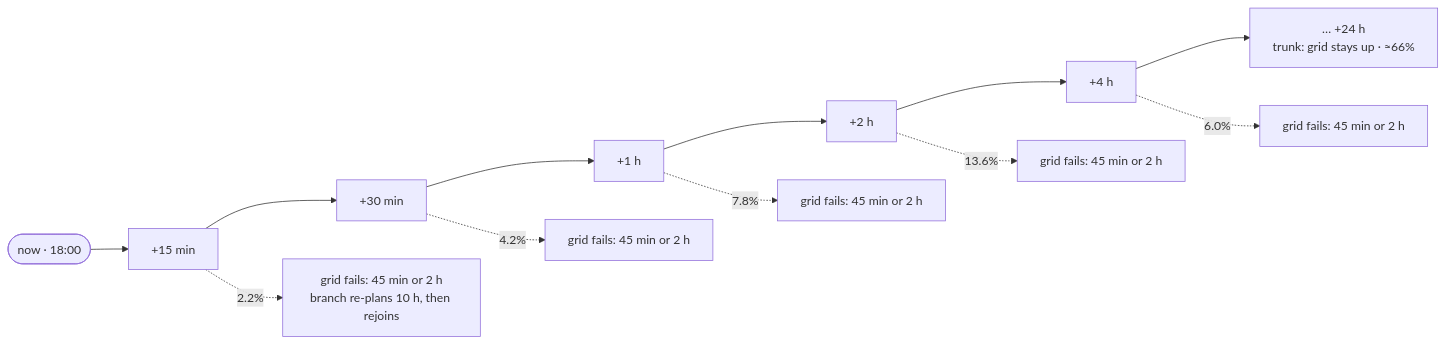
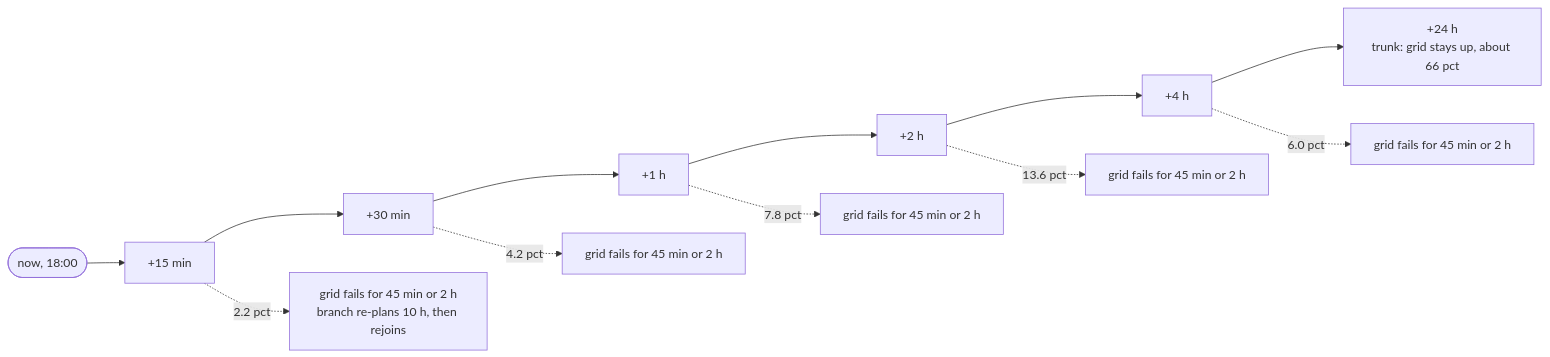
Before and after one commit to Arshgill01/GridQ: the third of 3 diagrams in README.md, drawn with Mermaid. The commit also changed other lines of this file, not shown here.

Commit message:
README: GitHub-safe diagrams and math

````diff
--- a/README.md
+++ b/README.md
@@ -186,9 +186,9 @@
 ```mermaid
 flowchart LR
-  N(["now · 18:00"]) --> A["+15 min"] --> B["+30 min"] --> C["+1 h"] --> D["+2 h"] --> E["+4 h"] --> F["… +24 h<br/>trunk: grid stays up · ≈66%"]
-  A -.->|"2.2%"| A1["grid fails: 45 min or 2 h<br/>branch re-plans 10 h, then rejoins"]
-  B -.->|"4.2%"| B1["grid fails: 45 min or 2 h"]
-  C -.->|"7.8%"| C1["grid fails: 45 min or 2 h"]
-  D -.->|"13.6%"| D1["grid fails: 45 min or 2 h"]
-  E -.->|"6.0%"| E1["grid fails: 45 min or 2 h"]
+  N(["now, 18:00"]) --> A["+15 min"] --> B["+30 min"] --> C["+1 h"] --> D["+2 h"] --> E["+4 h"] --> F["+24 h<br/>trunk: grid stays up, about 66 pct"]
+  A -. "2.2 pct" .-> A1["grid fails for 45 min or 2 h<br/>branch re-plans 10 h, then rejoins"]
+  B -. "4.2 pct" .-> B1["grid fails for 45 min or 2 h"]
+  C -. "7.8 pct" .-> C1["grid fails for 45 min or 2 h"]
+  D -. "13.6 pct" .-> D1["grid fails for 45 min or 2 h"]
+  E -. "6.0 pct" .-> E1["grid fails for 45 min or 2 h"]
 ```
````
